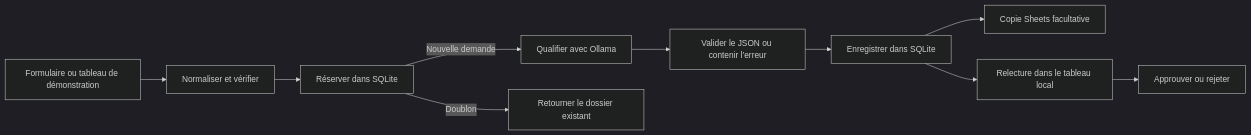
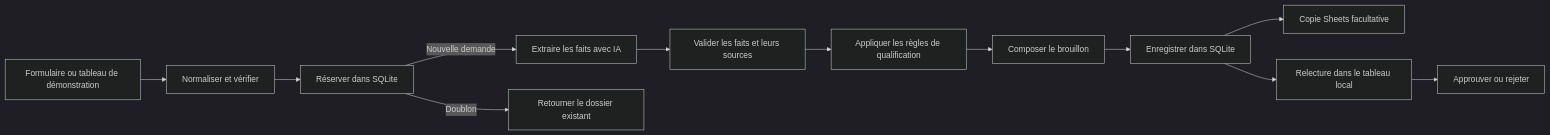
Before and after one commit to nicolashedoire/n8n-docker: the diagram in README.md, drawn with Mermaid (dark theme). The commit also changed other lines of this file and 9 other files, not shown here.

````diff
--- a/README.md
+++ b/README.md
@@ -9,12 +9,14 @@
 ```mermaid
 flowchart LR
   F[Formulaire ou tableau de démonstration] --> N[Normaliser et vérifier]
   N --> R[Réserver dans SQLite]
-  R -->|Nouvelle demande| L[Qualifier avec Ollama]
+  R -->|Nouvelle demande| L[Extraire les faits avec IA]
   R -->|Doublon| X[Retourner le dossier existant]
-  L --> V[Valider le JSON ou contenir l’erreur]
-  V --> S[Enregistrer dans SQLite]
+  L --> V[Valider les faits et leurs sources]
+  V --> Q[Appliquer les règles de qualification]
+  Q --> B[Composer le brouillon]
+  B --> S[Enregistrer dans SQLite]
   S --> G[Copie Sheets facultative]
   S --> H[Relecture dans le tableau local]
   H --> D[Approuver ou rejeter]
 ```
````
